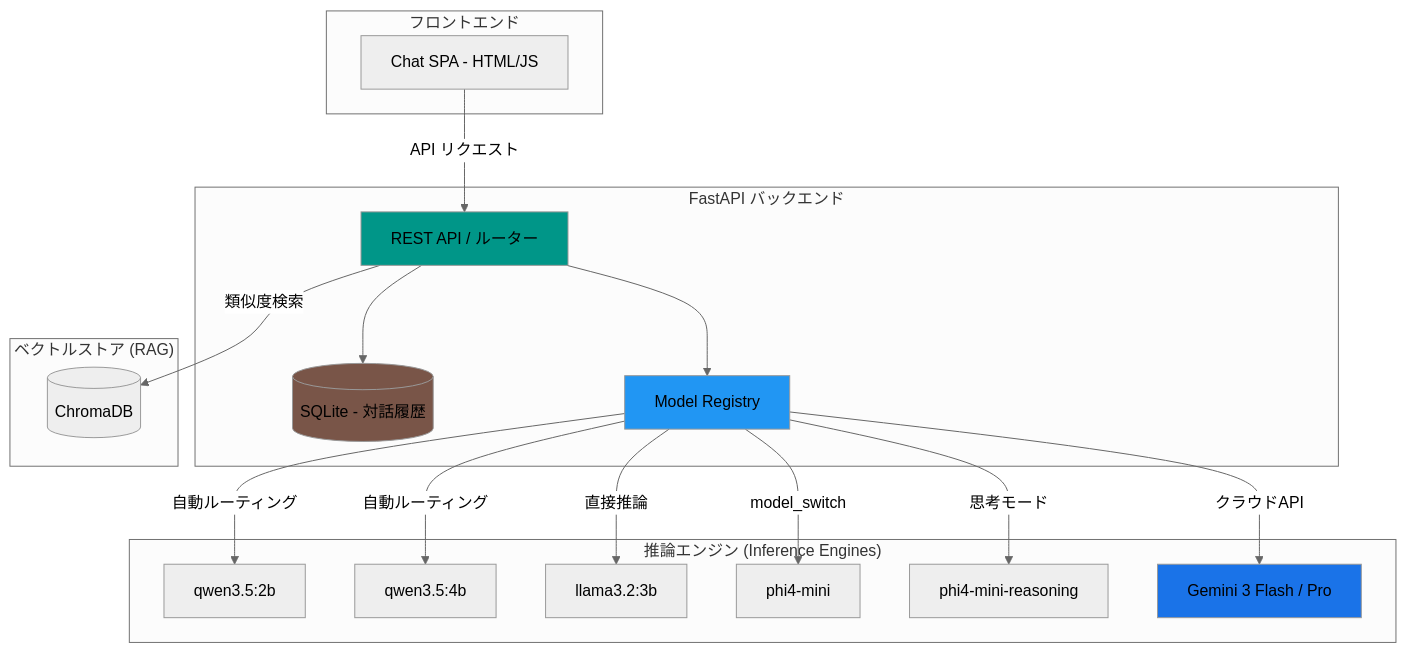
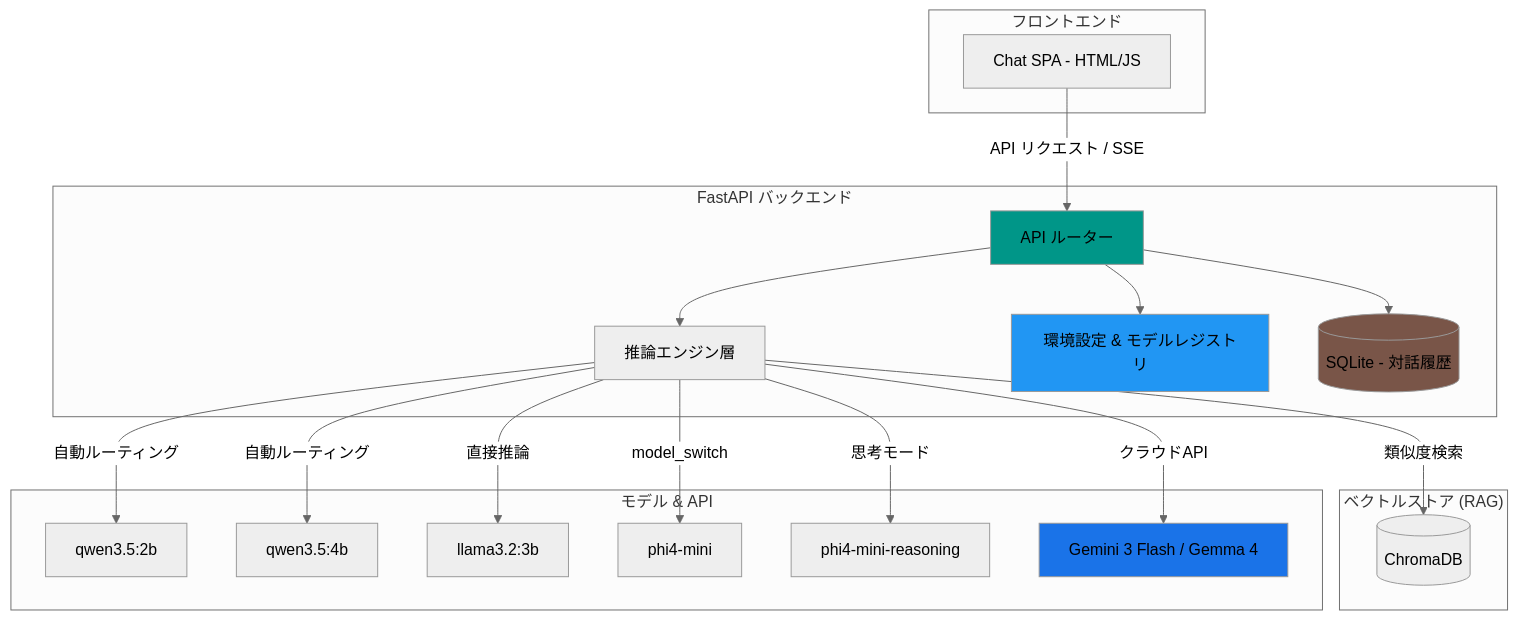
Before and after one commit to mile-chang/rag-kura: the diagram in README.ja.md, drawn with Mermaid (neutral theme). The commit also changed other lines of this file and 2 other files, not shown here.

Commit message:
docs(models): update supported gemini and gemma models
- Replace Gemini 3.1 Pro references with Gemma 4 31B across all README files.
- Update inference strategies (thinking_level, thinking_level_optional) to reflect current API parameters.
- Keep English, Traditional Chinese, and Japanese documentations synchronized.

````diff
--- a/README.ja.md
+++ b/README.ja.md
@@ -41,41 +42,43 @@
 ```mermaid
 graph TB
     subgraph "フロントエンド"
         UI[Chat SPA - HTML/JS]
     end
 
     subgraph "FastAPI バックエンド"
-        ROUTER[REST API / ルーター]
+        API[API ルーター]
+        INF[推論エンジン層]
+        REG[環境設定 & モデルレジストリ]
         DB[(SQLite - 対話履歴)]
-        REG[Model Registry]
     end
 
     subgraph "ベクトルストア (RAG)"
         CHROMA[(ChromaDB)]
     end
 
-    subgraph "推論エンジン (Inference Engines)"
+    subgraph "モデル & API"
         Q2[qwen3.5:2b]
         Q4[qwen3.5:4b]
         L3[llama3.2:3b]
         P4[phi4-mini]
         P4R[phi4-mini-reasoning]
-        GEM[Gemini 3 Flash / Pro]
+        GEM[Gemini 3 Flash / Gemma 4]
     end
 
-    UI -->|API リクエスト| ROUTER
-    ROUTER --> DB
-    ROUTER -->|類似度検索| CHROMA
-    ROUTER --> REG
-    REG -->|自動ルーティング| Q2
-    REG -->|自動ルーティング| Q4
-    REG -->|直接推論| L3
-    REG -->|model_switch| P4
-    REG -->|思考モード| P4R
-    REG -->|クラウドAPI| GEM
+    UI -->|API リクエスト / SSE| API
+    API --> DB
+    API --> REG
+    API --> INF
+    INF -->|類似度検索| CHROMA
+    INF -->|自動ルーティング| Q2
+    INF -->|自動ルーティング| Q4
+    INF -->|直接推論| L3
+    INF -->|model_switch| P4
+    INF -->|思考モード| P4R
+    INF -->|クラウドAPI| GEM
 
-    style ROUTER fill:#009688
+    style API fill:#009688
     style DB fill:#795548
     style REG fill:#2196F3
     style GEM fill:#1A73E8
 ```
````
